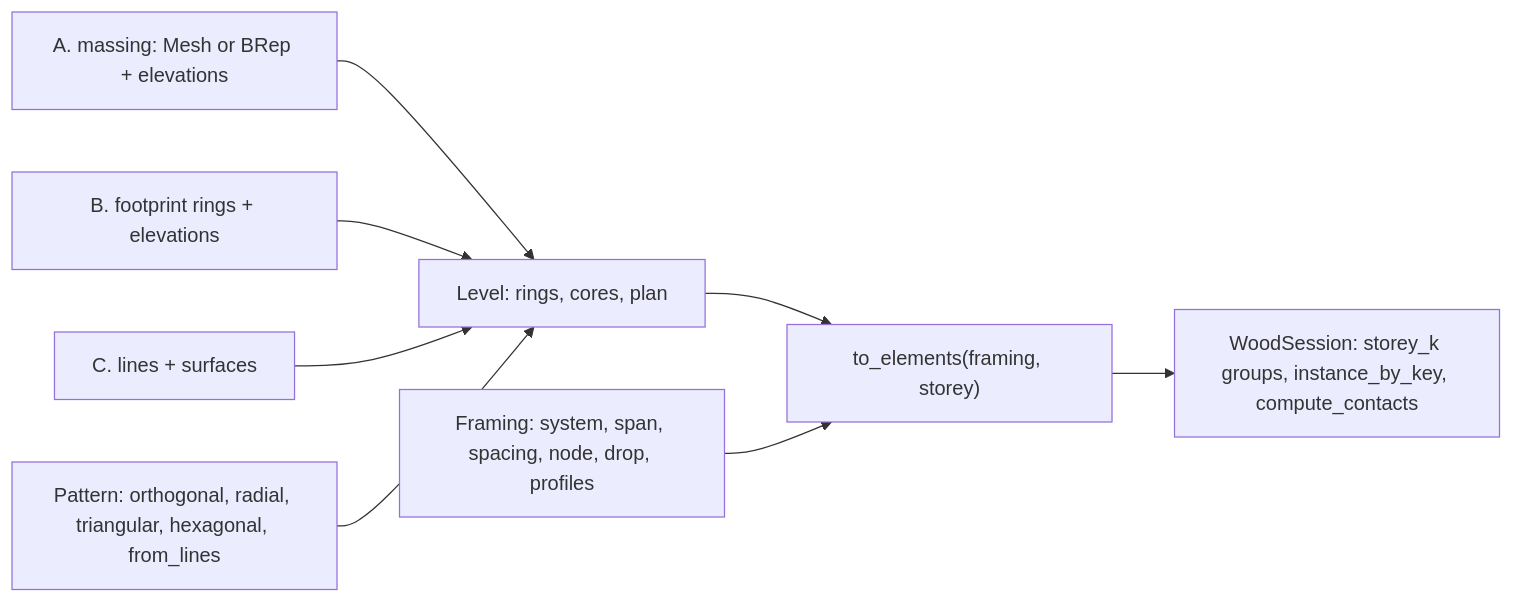
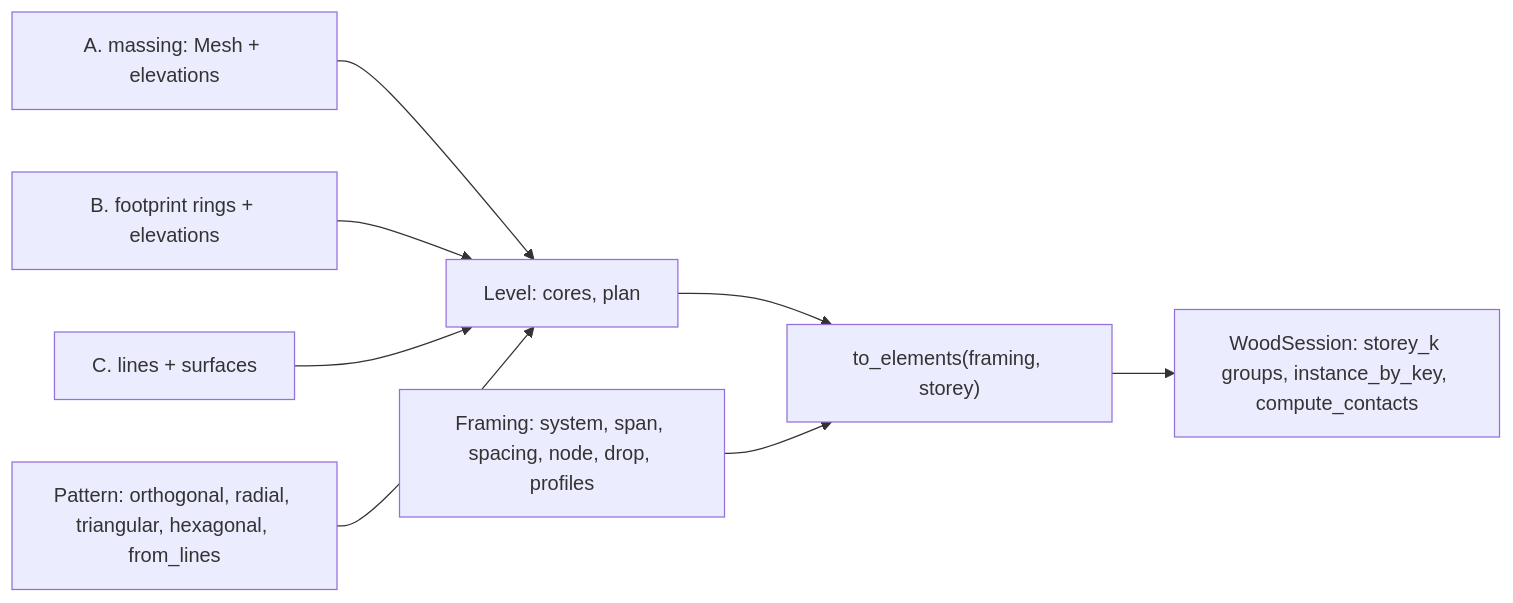
The diagram in docs/templates.md (petrasvestartas/wood), drawn with Mermaid before and after one commit. The commit also changed other lines of this file and 74 other files, not shown here.

````diff
--- a/docs/templates.md
+++ b/docs/templates.md
@@ -96,10 +93,10 @@
 ```mermaid
 flowchart LR
-    A["A. massing: Mesh or BRep + elevations"] --> L["Level: rings, cores, plan"]
+    A["A. massing: Mesh + elevations"] --> L["Level: cores, plan"]
     B["B. footprint rings + elevations"] --> L
     C["C. lines + surfaces"] --> L
     P["Pattern: orthogonal, radial, triangular, hexagonal, from_lines"] --> L
     L --> E["to_elements(framing, storey)"]
     F["Framing: system, span, spacing, node, drop, profiles"] --> E
     E --> S["WoodSession: storey_k groups, instance_by_key, compute_contacts"]
 ```
````
